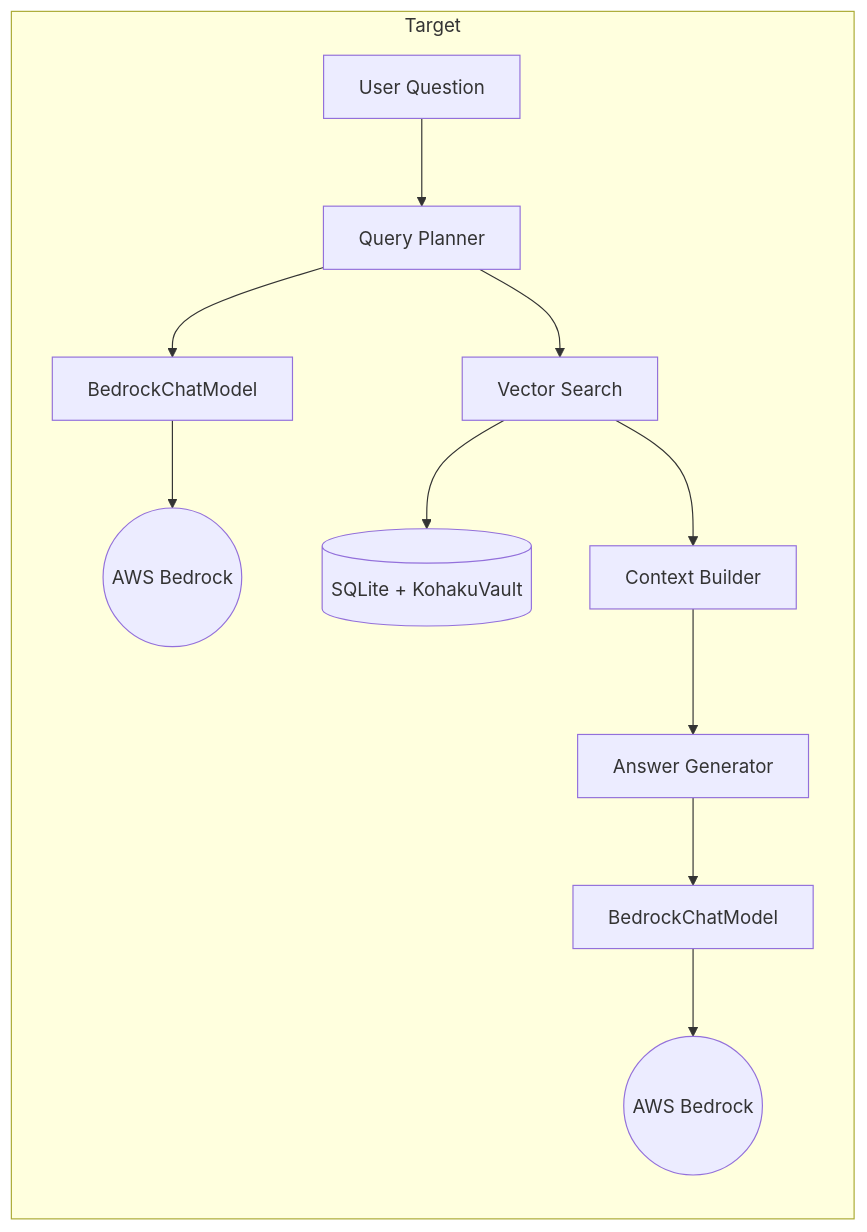
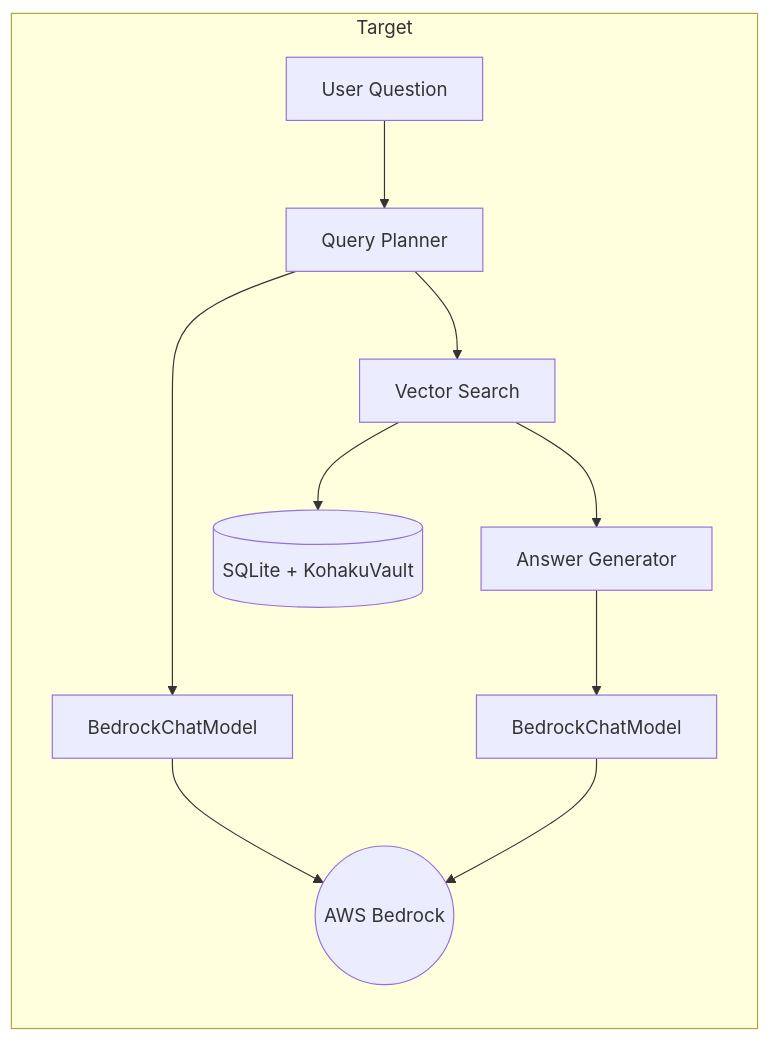
Before and after one commit to qualiaMachine/KohakuRAG_UI: the second of 2 diagrams in docs/bedrock-integration-proposal.md, drawn with Mermaid. The commit also changed other lines of this file and 2 other files, not shown here.

````diff
--- a/docs/bedrock-integration-proposal.md
+++ b/docs/bedrock-integration-proposal.md
@@ -75,14 +81,13 @@
 ```mermaid
 flowchart LR
     subgraph Target
         Q[User Question] --> Planner[Query Planner]
         Planner --> LLM1[BedrockChatModel]
-        LLM1 --> BR1((AWS Bedrock))
+        LLM1 --> BR((AWS Bedrock))
         Planner --> Retrieval[Vector Search]
         Retrieval --> Store[(SQLite + KohakuVault)]
-        Retrieval --> Context[Context Builder]
-        Context --> Answer[Answer Generator]
+        Retrieval --> Answer[Answer Generator]
         Answer --> LLM2[BedrockChatModel]
-        LLM2 --> BR2((AWS Bedrock))
+        LLM2 --> BR
     end
 ```
````
